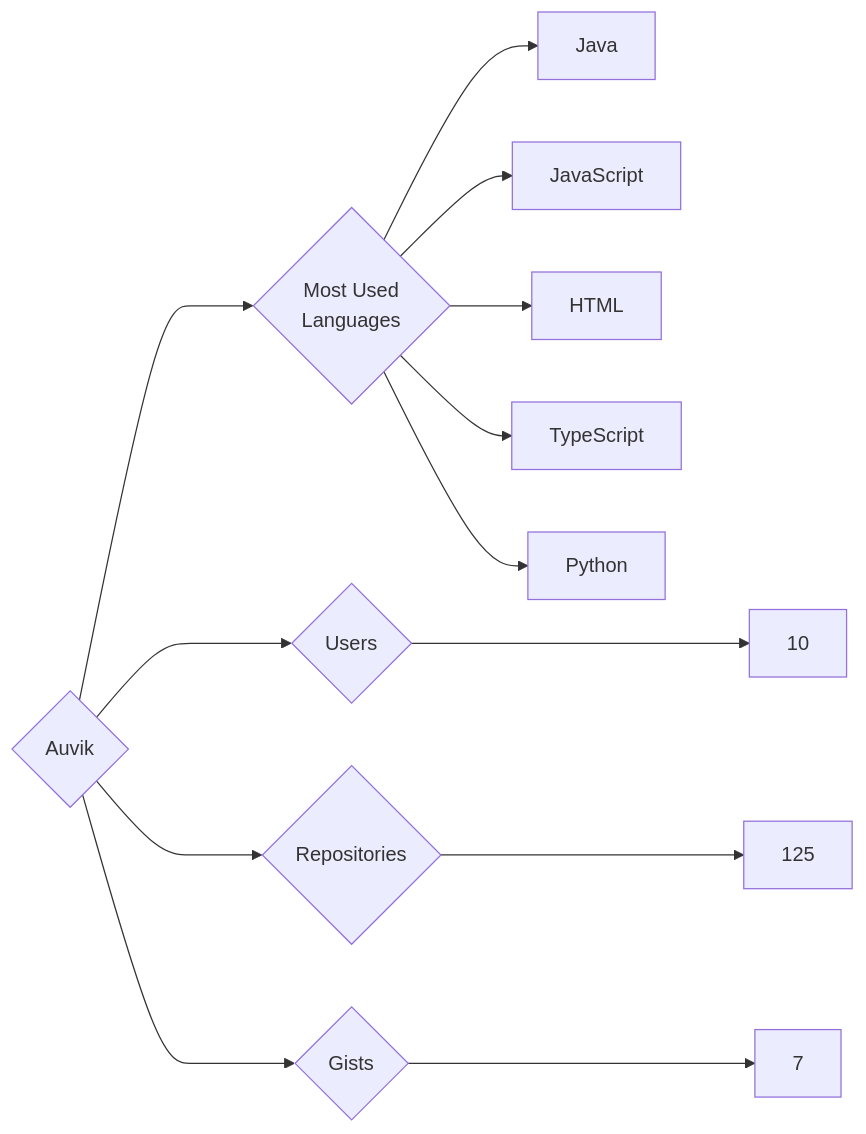
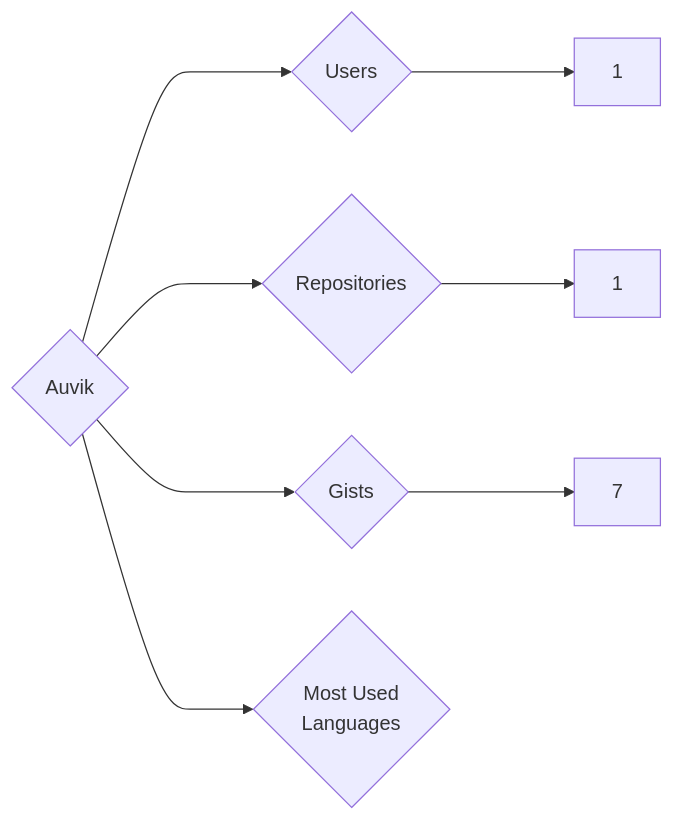
One commit to trickest/insiders changed the diagram in targets/Auvik/README.md. Above: the diagram before and after it, drawn with Mermaid. The commit also changed 874 other files, not shown here.

````diff
--- a/targets/Auvik/README.md
+++ b/targets/Auvik/README.md
@@ -3,13 +3,8 @@
 ```mermaid
 graph LR
 COMPANY_NAME{Auvik}
-COMPANY_NAME ---> U{Users} ---> UN[10]
-COMPANY_NAME ---> R{Repositories} ---> RN[125]
+COMPANY_NAME ---> U{Users} ---> UN[1]
+COMPANY_NAME ---> R{Repositories} ---> RN[1]
 COMPANY_NAME ---> G{Gists} ---> GN[7]
 COMPANY_NAME ---> ML{Most Used<br>Languages}
-ML --> Java[Java]
-ML --> JavaScript[JavaScript]
-ML --> HTML[HTML]
-ML --> TypeScript[TypeScript]
-ML --> Python[Python]
 ```
````
